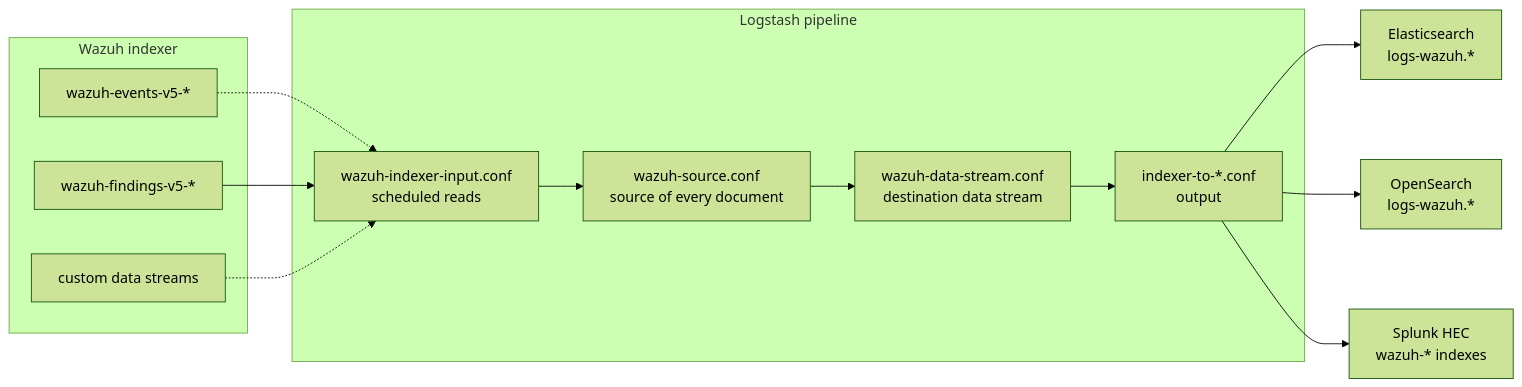
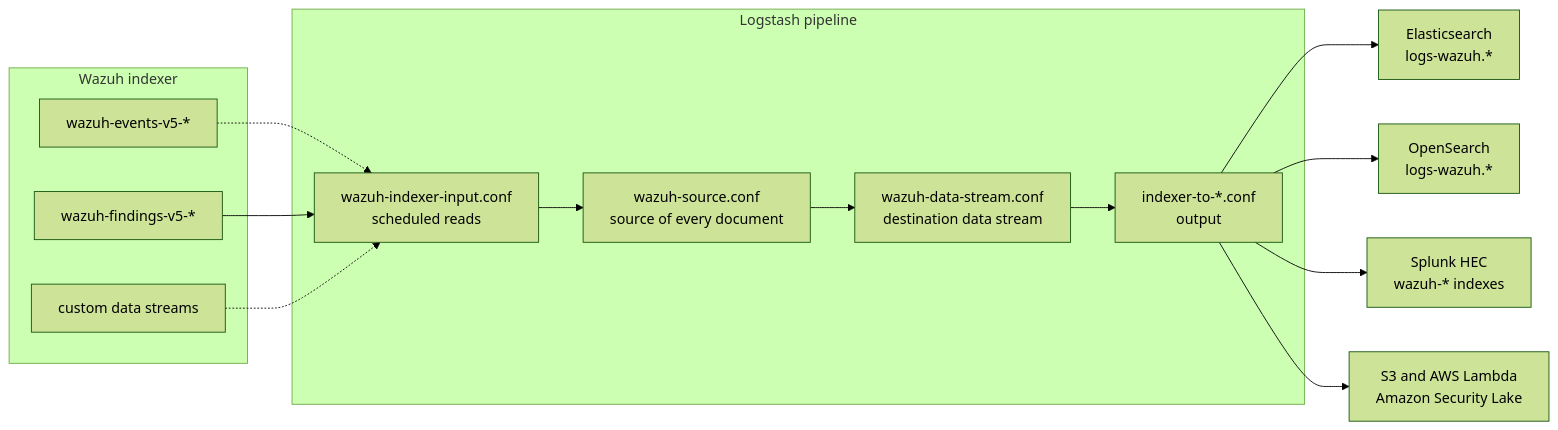
Before and after one commit to wazuh/wazuh-indexer-plugins: the first of 2 diagrams in docs/ref/integrations/index.md, drawn with Mermaid (forest theme). The commit also changed other lines of this file and 42 other files, not shown here.

Commit message:
Adapt the Amazon Security Lake integration to WCS

````diff
--- a/docs/ref/integrations/index.md
+++ b/docs/ref/integrations/index.md
@@ -22,21 +21,22 @@
 ```mermaid
 flowchart LR
     subgraph WI[Wazuh indexer]
         E[wazuh-events-v5-*]
         F[wazuh-findings-v5-*]
         C[custom data streams]
     end
     subgraph LS[Logstash pipeline]
         IN[wazuh-indexer-input.conf<br/>scheduled reads]
         SRC[wazuh-source.conf<br/>source of every document]
         DS[wazuh-data-stream.conf<br/>destination data stream]
         OUT[indexer-to-*.conf<br/>output]
         IN --> SRC --> DS --> OUT
     end
     E -.-> IN
     F --> IN
     C -.-> IN
     OUT --> ES[Elasticsearch<br/>logs-wazuh.*]
     OUT --> OS[OpenSearch<br/>logs-wazuh.*]
     OUT --> SP[Splunk HEC<br/>wazuh-* indexes]
+    OUT --> S3[S3 and AWS Lambda<br/>Amazon Security Lake]
 ```
````
